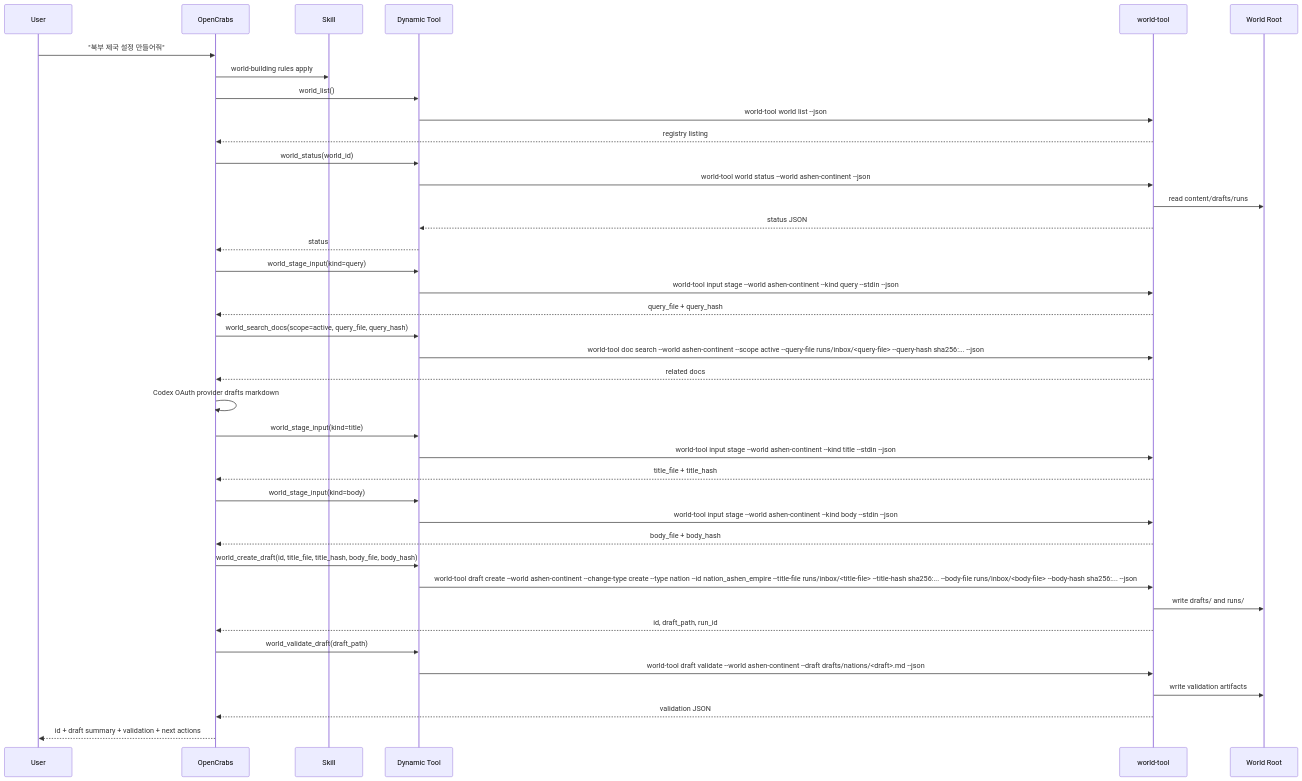
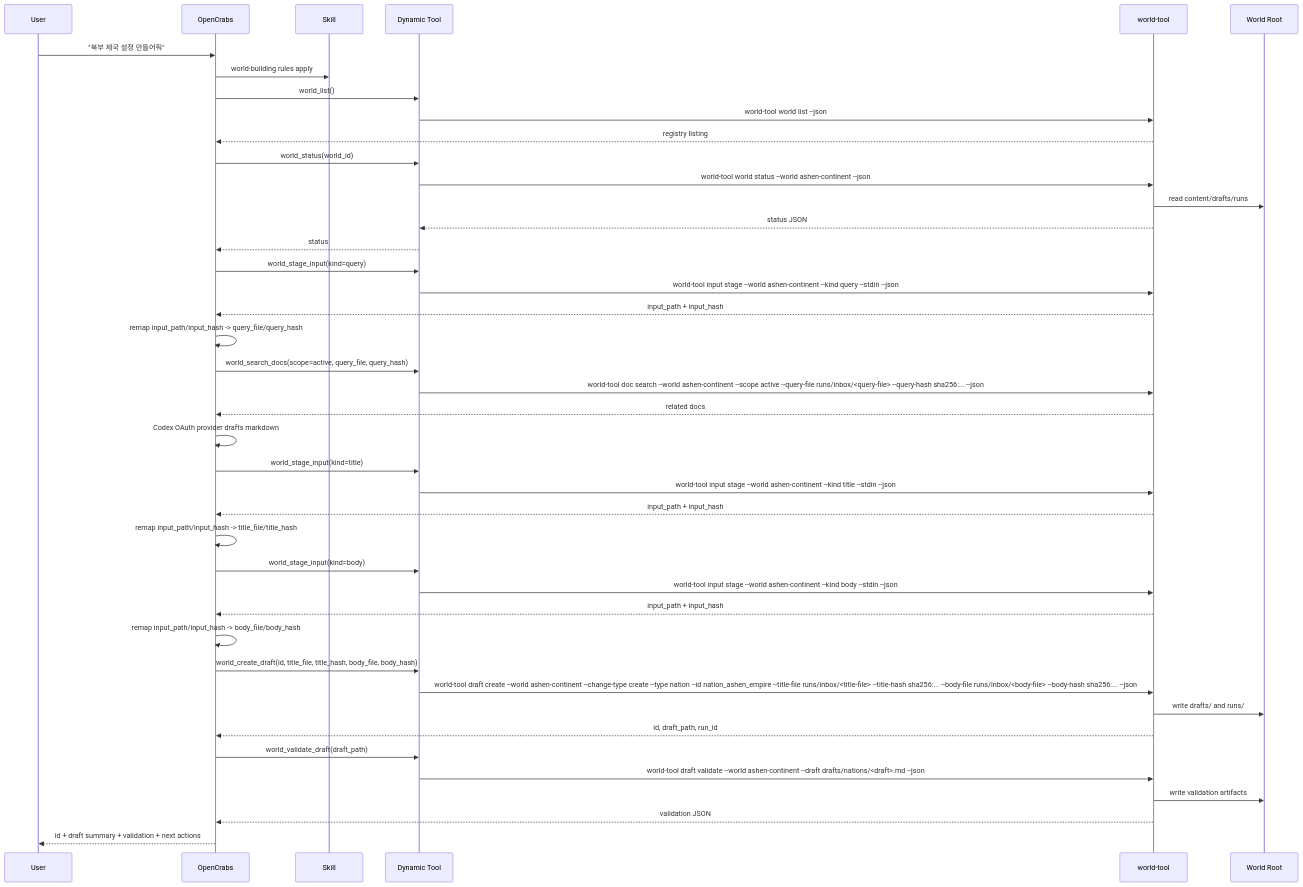
The third of 5 diagrams in docs/system-design.md (hoonzinope/world-building-harness), drawn with Mermaid before and after one commit. The commit also changed other lines of this file and 8 other files, not shown here.

````diff
--- a/docs/system-design.md
+++ b/docs/system-design.md
@@ -113,42 +114,45 @@
 ```mermaid
 sequenceDiagram
     participant User
     participant OpenCrabs
     participant Skill
     participant Tool as Dynamic Tool
     participant WT as world-tool
     participant World as World Root
 
     User->>OpenCrabs: "북부 제국 설정 만들어줘"
     OpenCrabs->>Skill: world-building rules apply
     OpenCrabs->>Tool: world_list()
     Tool->>WT: world-tool world list --json
     WT-->>OpenCrabs: registry listing
     OpenCrabs->>Tool: world_status(world_id)
     Tool->>WT: world-tool world status --world ashen-continent --json
     WT->>World: read content/drafts/runs
     WT-->>Tool: status JSON
     Tool-->>OpenCrabs: status
     OpenCrabs->>Tool: world_stage_input(kind=query)
     Tool->>WT: world-tool input stage --world ashen-continent --kind query --stdin --json
-    WT-->>OpenCrabs: query_file + query_hash
+    WT-->>OpenCrabs: input_path + input_hash
+    OpenCrabs->>OpenCrabs: remap input_path/input_hash -> query_file/query_hash
     OpenCrabs->>Tool: world_search_docs(scope=active, query_file, query_hash)
     Tool->>WT: world-tool doc search --world ashen-continent --scope active --query-file runs/inbox/<query-file> --query-hash sha256:... --json
     WT-->>OpenCrabs: related docs
     OpenCrabs->>OpenCrabs: Codex OAuth provider drafts markdown
     OpenCrabs->>Tool: world_stage_input(kind=title)
     Tool->>WT: world-tool input stage --world ashen-continent --kind title --stdin --json
-    WT-->>OpenCrabs: title_file + title_hash
+    WT-->>OpenCrabs: input_path + input_hash
+    OpenCrabs->>OpenCrabs: remap input_path/input_hash -> title_file/title_hash
     OpenCrabs->>Tool: world_stage_input(kind=body)
     Tool->>WT: world-tool input stage --world ashen-continent --kind body --stdin --json
-    WT-->>OpenCrabs: body_file + body_hash
+    WT-->>OpenCrabs: input_path + input_hash
+    OpenCrabs->>OpenCrabs: remap input_path/input_hash -> body_file/body_hash
     OpenCrabs->>Tool: world_create_draft(id, title_file, title_hash, body_file, body_hash)
     Tool->>WT: world-tool draft create --world ashen-continent --change-type create --type nation --id nation_ashen_empire --title-file runs/inbox/<title-file> --title-hash sha256:... --body-file runs/inbox/<body-file> --body-hash sha256:... --json
     WT->>World: write drafts/ and runs/
     WT-->>OpenCrabs: id, draft_path, run_id
     OpenCrabs->>Tool: world_validate_draft(draft_path)
     Tool->>WT: world-tool draft validate --world ashen-continent --draft drafts/nations/<draft>.md --json
     WT->>World: write validation artifacts
     WT-->>OpenCrabs: validation JSON
     OpenCrabs-->>User: id + draft summary + validation + next actions
 ```
````
